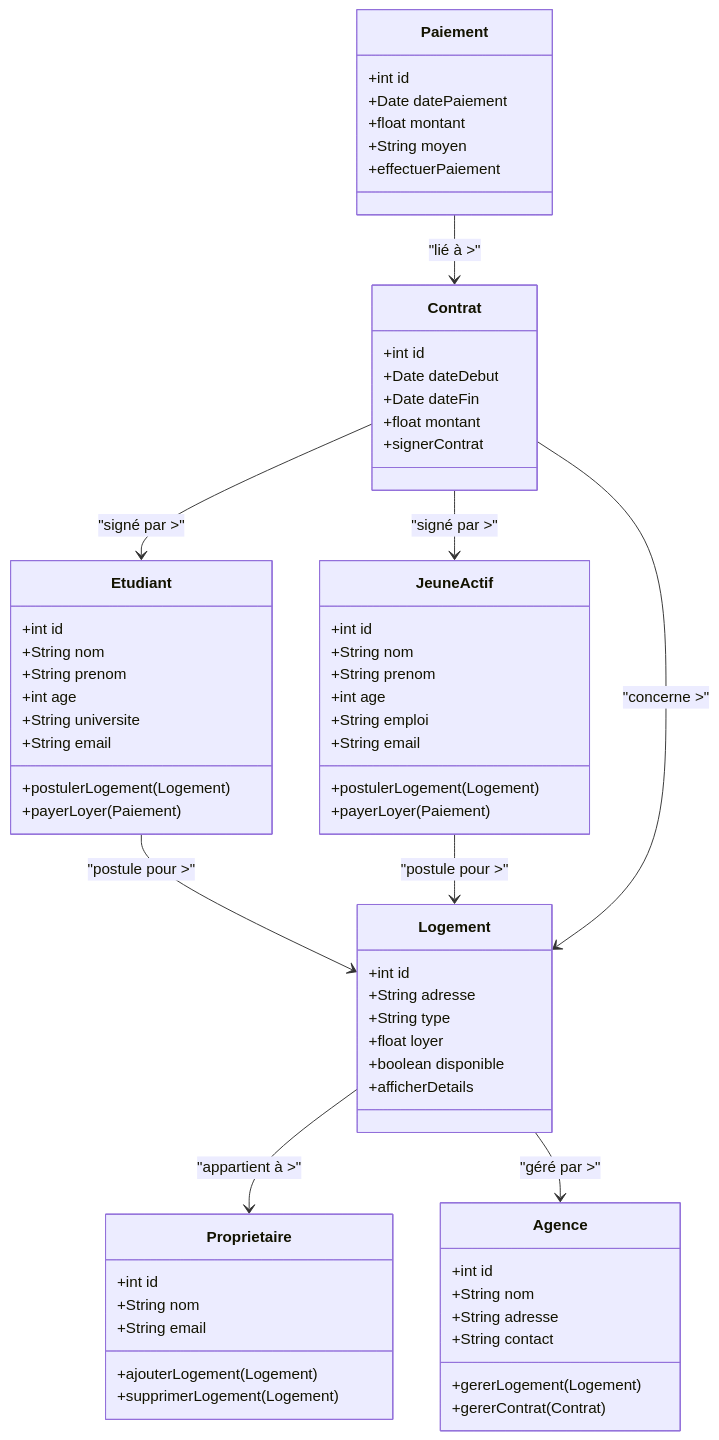
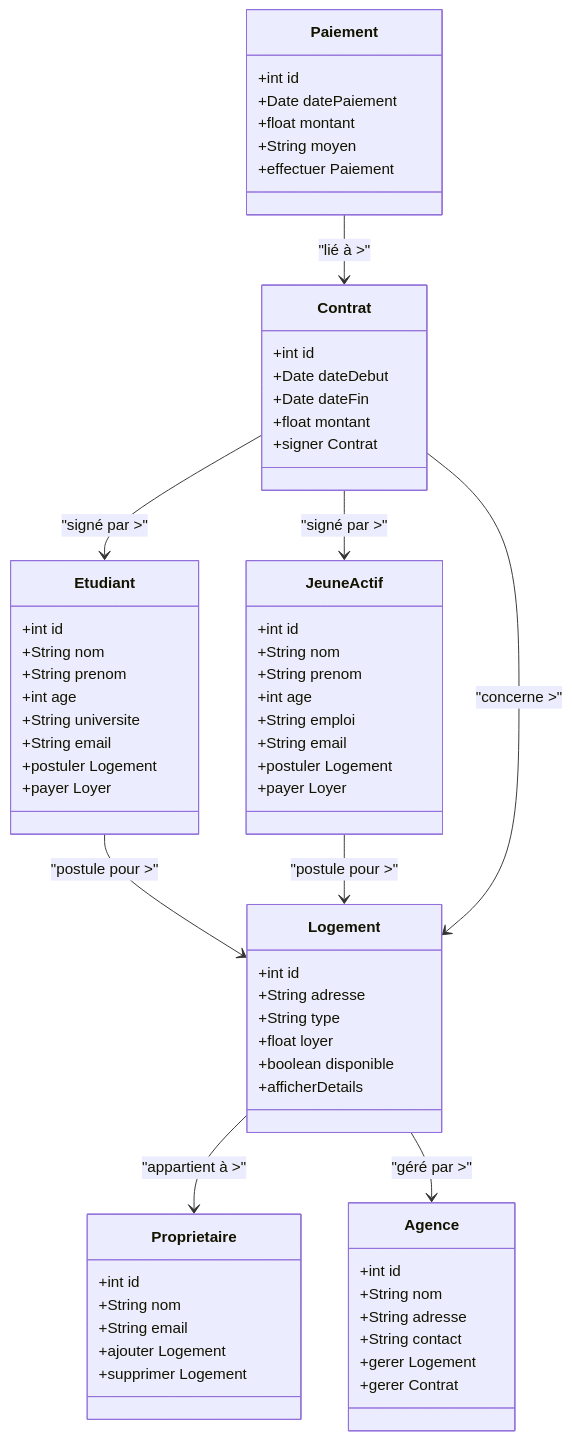
One commit to Lyes659/Logement-des-tudiants-et-des-jeunes-actifs- changed the diagram in acteursLyes659.md. Above: the diagram before and after it, drawn with Mermaid.

Commit message:
Refactor method names for consistency

````diff
--- a/acteursLyes659.md
+++ b/acteursLyes659.md
@@ -1,76 +1,76 @@
 ```mermaid
 classDiagram
     class Etudiant {
         +int id
         +String nom
         +String prenom
         +int age
         +String universite
         +String email
-        +postulerLogement(Logement)
-        +payerLoyer(Paiement)
+        +postuler Logement
+        +payer Loyer
     }
 
     class JeuneActif {
         +int id
         +String nom
         +String prenom
         +int age
         +String emploi
         +String email
-        +postulerLogement(Logement)
-        +payerLoyer(Paiement)
+        +postuler Logement
+        +payer Loyer
     }
 
     class Logement {
         +int id
         +String adresse
         +String type
         +float loyer
         +boolean disponible
         +afficherDetails
     }
 
     class Proprietaire {
         +int id
         +String nom
         +String email
-        +ajouterLogement(Logement)
-        +supprimerLogement(Logement)
+        +ajouter Logement
+        +supprimer Logement
     }
 
     class Agence {
         +int id
         +String nom
         +String adresse
         +String contact
-        +gererLogement(Logement)
-        +gererContrat(Contrat)
+        +gerer Logement
+        +gerer Contrat
     }
 
     class Contrat {
         +int id
         +Date dateDebut
         +Date dateFin
         +float montant
-        +signerContrat
+        +signer Contrat
     }
 
     class Paiement {
         +int id
         +Date datePaiement
         +float montant
         +String moyen
-        +effectuerPaiement
+        +effectuer Paiement
     }
 
     %% Relations
     Etudiant --> Logement : "postule pour >"
     JeuneActif --> Logement : "postule pour >"
     Logement --> Proprietaire : "appartient à >"
     Logement --> Agence : "géré par >"
     Contrat --> Logement : "concerne >"
     Contrat --> Etudiant : "signé par >"
     Contrat --> JeuneActif : "signé par >"
     Paiement --> Contrat : "lié à >"
 ```
````
